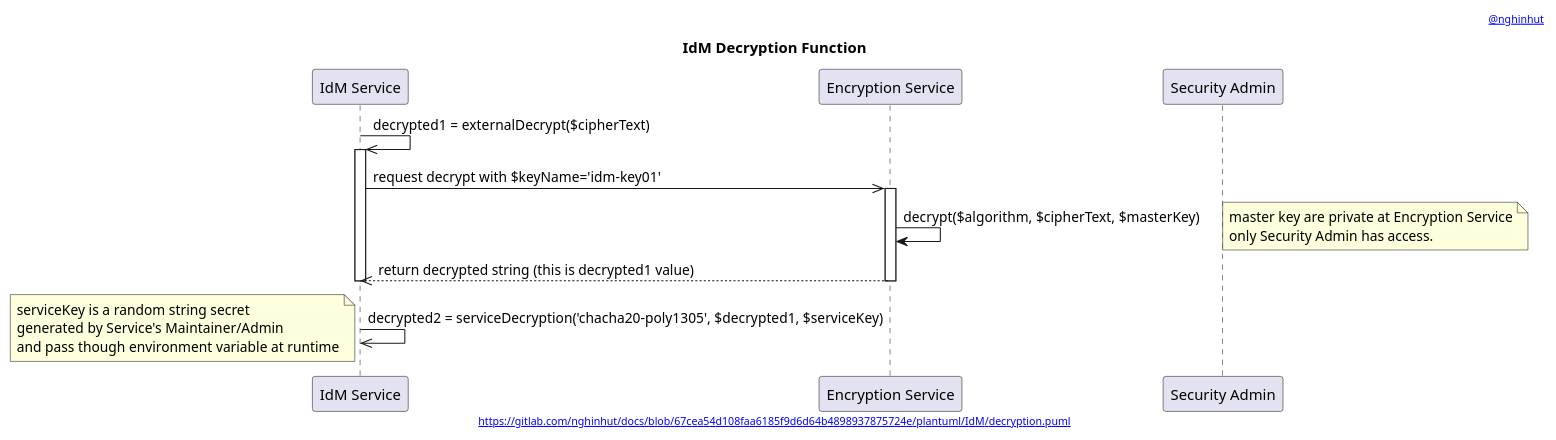
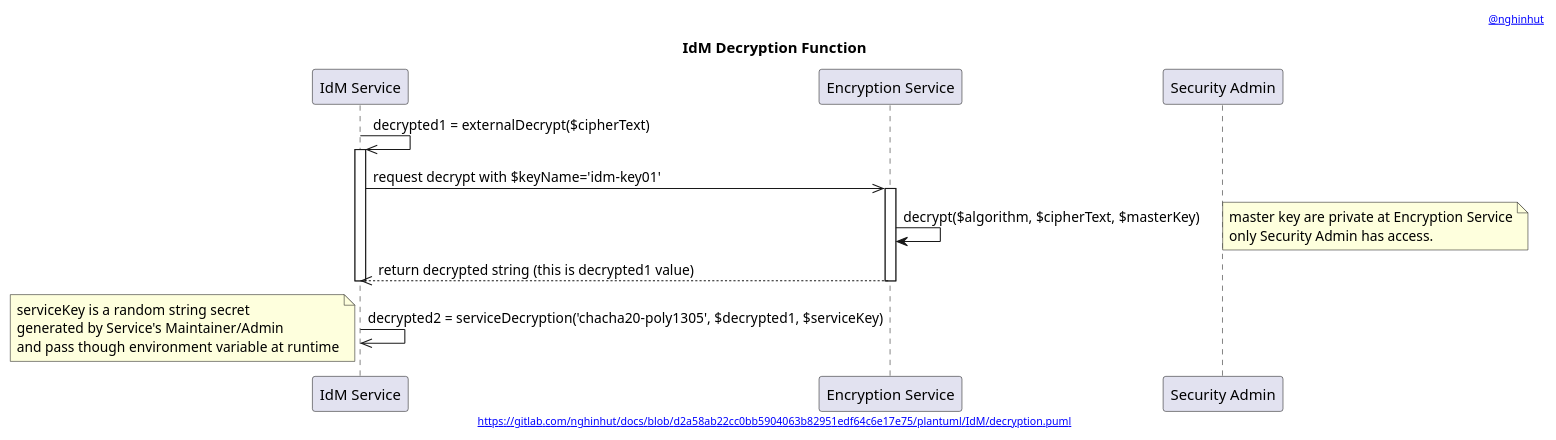
Before and after one commit to nghinhut/docs: the diagram in plantuml/IdM/decryption.function.puml, drawn with PlantUML. The commit also changed 24 other files, not shown here.

Commit message:
docs(plantuml): update headers

```diff
--- a/plantuml/IdM/decryption.function.puml
+++ b/plantuml/IdM/decryption.function.puml
@@ -1,32 +1,32 @@
 @startuml
 '-----START auto generated metadata please keep comment here to allow auto update-----
 '-----DON'T EDIT THIS SECTION, INSTEAD RE-RUN prebuild.sh TO UPDATE-----
-header [[https://www.nghinhut.dev?from=http%5C%3A%5C%2F%5C%2Fwww%5C.plantuml%5C.com%5C%2Fplantuml%5C%2Fproxy%3Ffmt%3Dsvg%5C%26src%3Dhttps%5C%3A%5C%2F%5C%2Fgitlab%5C.com%5C%2Fnghinhut%5C%2Fdocs%5C%2Fraw%5C%2F67cea54d108faa6185f9d6d64b4898937875724e%5C%2Fplantuml%5C%2FIdM%5C%2Fdecryption%5C.puml%0A @nghinhut]]
-footer [[http://www.plantuml.com/plantuml/proxy?fmt=svg&src=https://gitlab.com/nghinhut/docs/raw/67cea54d108faa6185f9d6d64b4898937875724e/plantuml/IdM/decryption.puml https://gitlab.com/nghinhut/docs/blob/67cea54d108faa6185f9d6d64b4898937875724e/plantuml/IdM/decryption.puml]]
+header [[https://www.nghinhut.dev?from=http%5C%3A%5C%2F%5C%2Fwww%5C.plantuml%5C.com%5C%2Fplantuml%5C%2Fproxy%3Ffmt%3Dsvg%5C%26src%3Dhttps%5C%3A%5C%2F%5C%2Fgitlab%5C.com%5C%2Fnghinhut%5C%2Fdocs%5C%2Fraw%5C%2Fd2a58ab22cc0bb5904063b82951edf64c6e17e75%5C%2Fplantuml%5C%2FIdM%5C%2Fdecryption%5C.puml%0A @nghinhut]]
+footer [[http://www.plantuml.com/plantuml/proxy?fmt=svg&src=https://gitlab.com/nghinhut/docs/raw/d2a58ab22cc0bb5904063b82951edf64c6e17e75/plantuml/IdM/decryption.puml https://gitlab.com/nghinhut/docs/blob/d2a58ab22cc0bb5904063b82951edf64c6e17e75/plantuml/IdM/decryption.puml]]
 '-----END auto generated metadata please keep comment here to allow auto update-----
 title IdM Decryption Function
 participant "IdM Service" as idm
 participant "Encryption Service" as es
 participant "Security Admin" as esAdmin
 
 
 idm ->> idm : decrypted1 = externalDecrypt($cipherText)
 activate idm
     idm ->> es : request decrypt with $keyName='idm-key01'
     activate es
         es -> es : decrypt($algorithm, $cipherText, $masterKey)
         note right
             master key are private at Encryption Service
             only Security Admin has access.
         end note
         idm <<-- es : return decrypted string (this is decrypted1 value)
     deactivate es
 deactivate idm
 
 idm ->> idm : decrypted2 = serviceDecryption('chacha20-poly1305', $decrypted1, $serviceKey)
 note left
     serviceKey is a random string secret
     generated by Service's Maintainer/Admin
     and pass though environment variable at runtime
 end note
 @enduml
```
